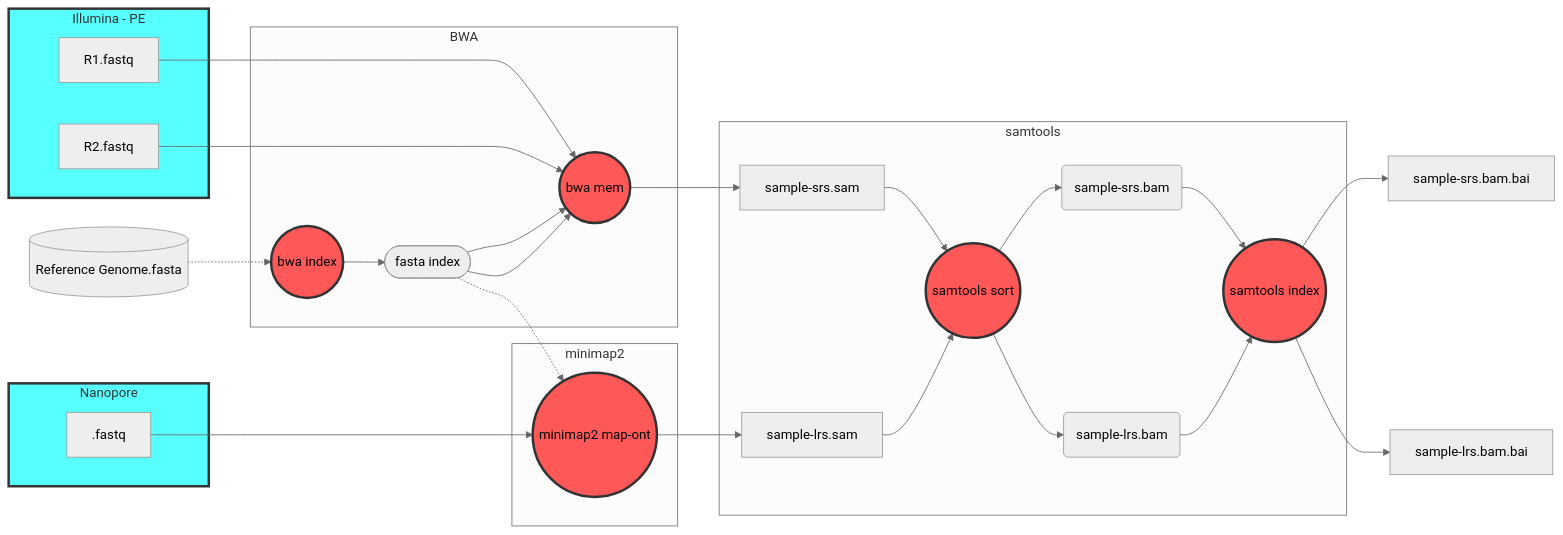
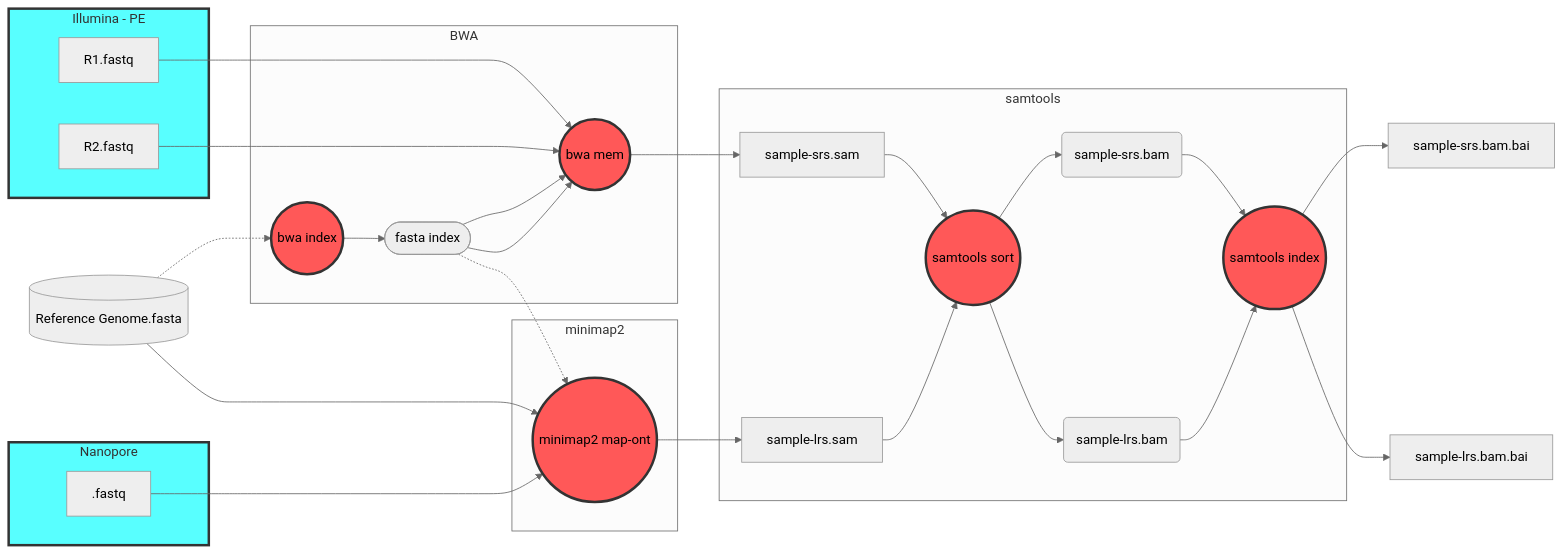
The diagram in misc/mapping.mmd (marceelrf/ForenseBioinfo_life), drawn with Mermaid (neutral theme) before and after one commit.

```diff
--- a/misc/mapping.mmd
+++ b/misc/mapping.mmd
@@ -1,51 +1,52 @@
 graph LR;
 
     f0[("Reference Genome.fasta")]
     f0_ind@{label: "fasta index", shape: stadium}
     subgraph IPE["Illumina - PE"];
     f1[R1.fastq]
     f2[R2.fastq]
     end
     subgraph "Nanopore";
     f3[.fastq]
     end
     subgraph "BWA";
     p1(("bwa index"))
     p2(("bwa mem"))
     f0_ind --> p2
     end
     subgraph "minimap2";
     f3 ---->p3(("minimap2 map-ont"))
     f0_ind --> p2
     end
     subgraph "samtools";
     f4 --> p4(("samtools sort"))
     f5 --> p4
     p4 --> f6("sample-srs.bam")
     p4 --> f7("sample-lrs.bam")
     f6 --> p5(("samtools index"))
     f7 --> p5
     end
 
 
 
     p2 --> f4["sample-srs.sam"]
     p3 --> f5["sample-lrs.sam"]
 
 
     f0 -.-> p1
+    f0 --> p3
     p1 --> f0_ind
     f1 ----> p2
     f2 ----> p2
     f0_ind -.-> p3
     p5 --> f8["sample-srs.bam.bai"] & f9["sample-lrs.bam.bai"]
 
 
 style Nanopore fill:#58FFFF,stroke:#333,stroke-width:3px;
 style IPE fill:#58FFFF,stroke:#333,stroke-width:3px;
 
 style p1 fill:#FF5858,stroke:#333,stroke-width:3px;
 style p2 fill:#FF5858,stroke:#333,stroke-width:3px;
 style p3 fill:#FF5858,stroke:#333,stroke-width:3px;
 style p4 fill:#FF5858,stroke:#333,stroke-width:3px;
 style p5 fill:#FF5858,stroke:#333,stroke-width:3px;
```
